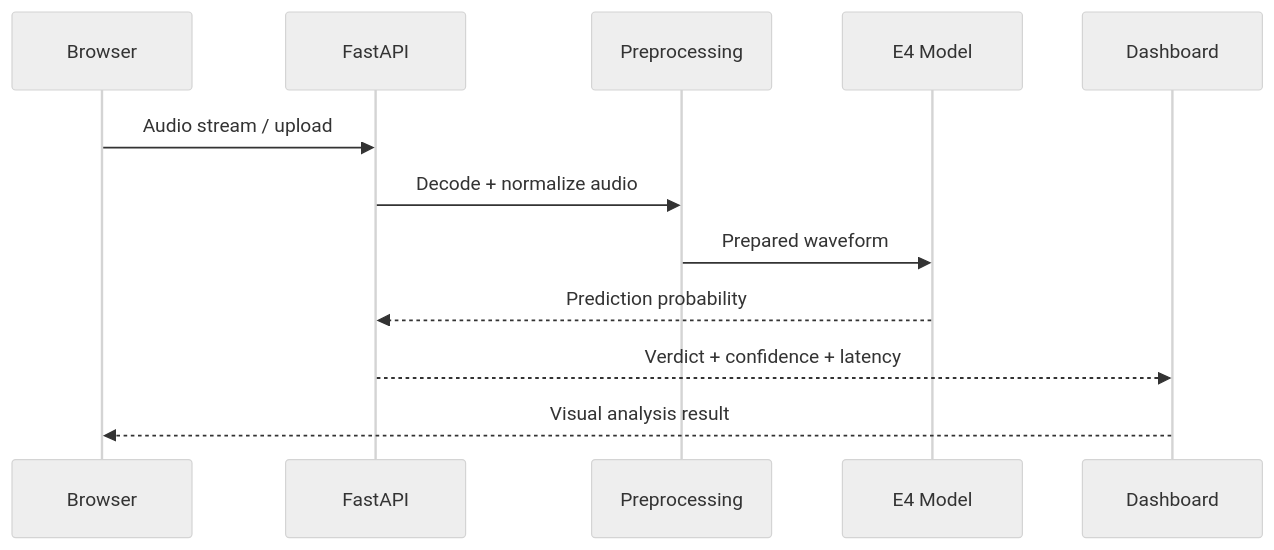
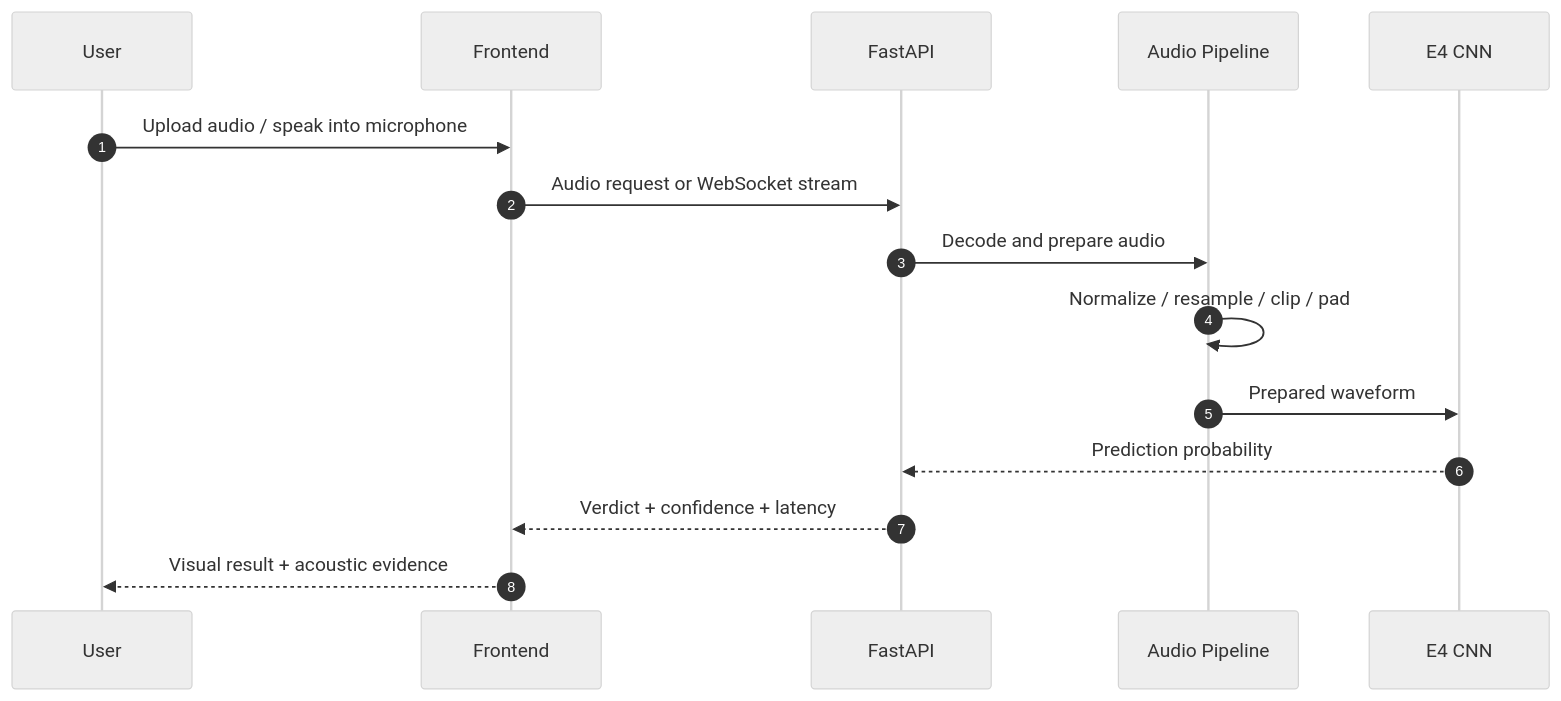
Before and after one commit to Jyatin/VoiceGuard: the second of 5 diagrams in README.md, drawn with Mermaid (neutral theme). The commit also changed other lines of this file, not shown here.

````diff
--- a/README.md
+++ b/README.md
@@ -162,15 +155,18 @@
 ```mermaid
 sequenceDiagram
-    participant B as Browser
+    autonumber
+    participant U as User
+    participant F as Frontend
     participant A as FastAPI
-    participant P as Preprocessing
-    participant M as E4 Model
-    participant D as Dashboard
+    participant P as Audio Pipeline
+    participant M as E4 CNN
 
-    B->>A: Audio stream / upload
-    A->>P: Decode + normalize audio
+    U->>F: Upload audio / speak into microphone
+    F->>A: Audio request or WebSocket stream
+    A->>P: Decode and prepare audio
+    P->>P: Normalize / resample / clip / pad
     P->>M: Prepared waveform
     M-->>A: Prediction probability
-    A-->>D: Verdict + confidence + latency
-    D-->>B: Visual analysis result
+    A-->>F: Verdict + confidence + latency
+    F-->>U: Visual result + acoustic evidence
 ```
````
